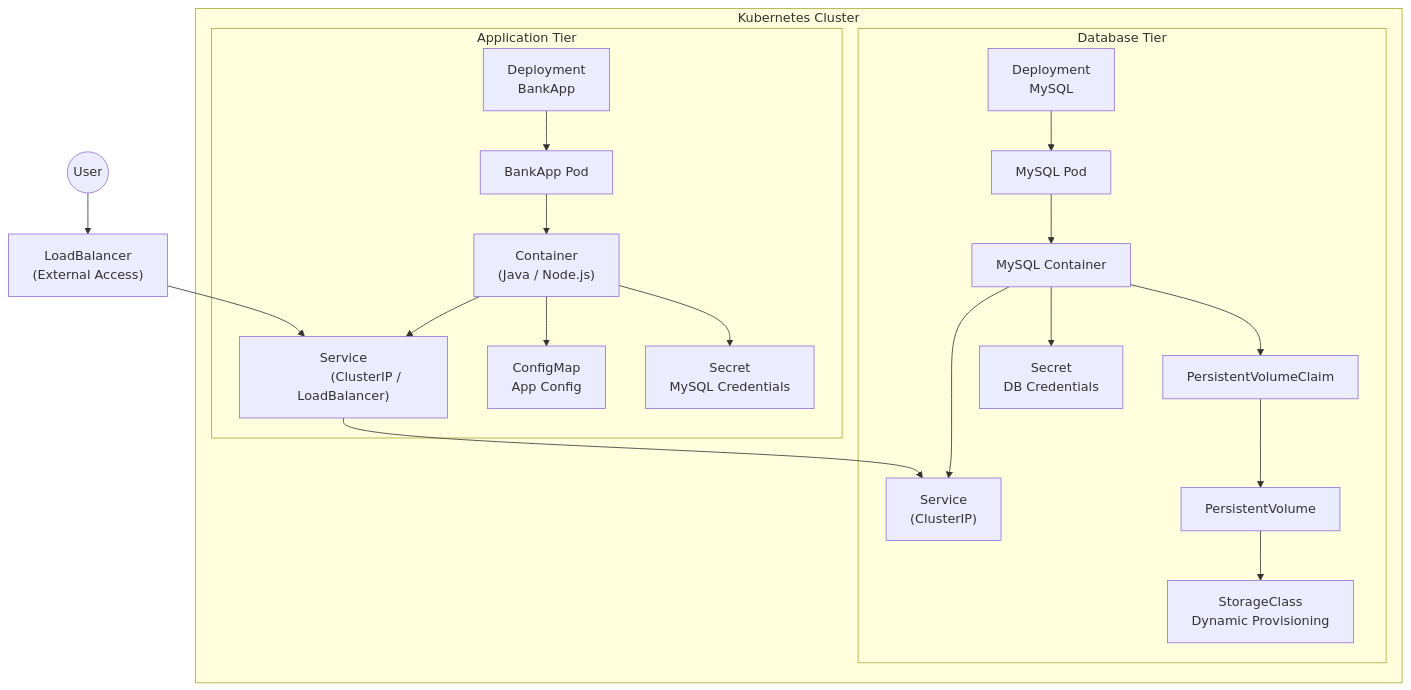
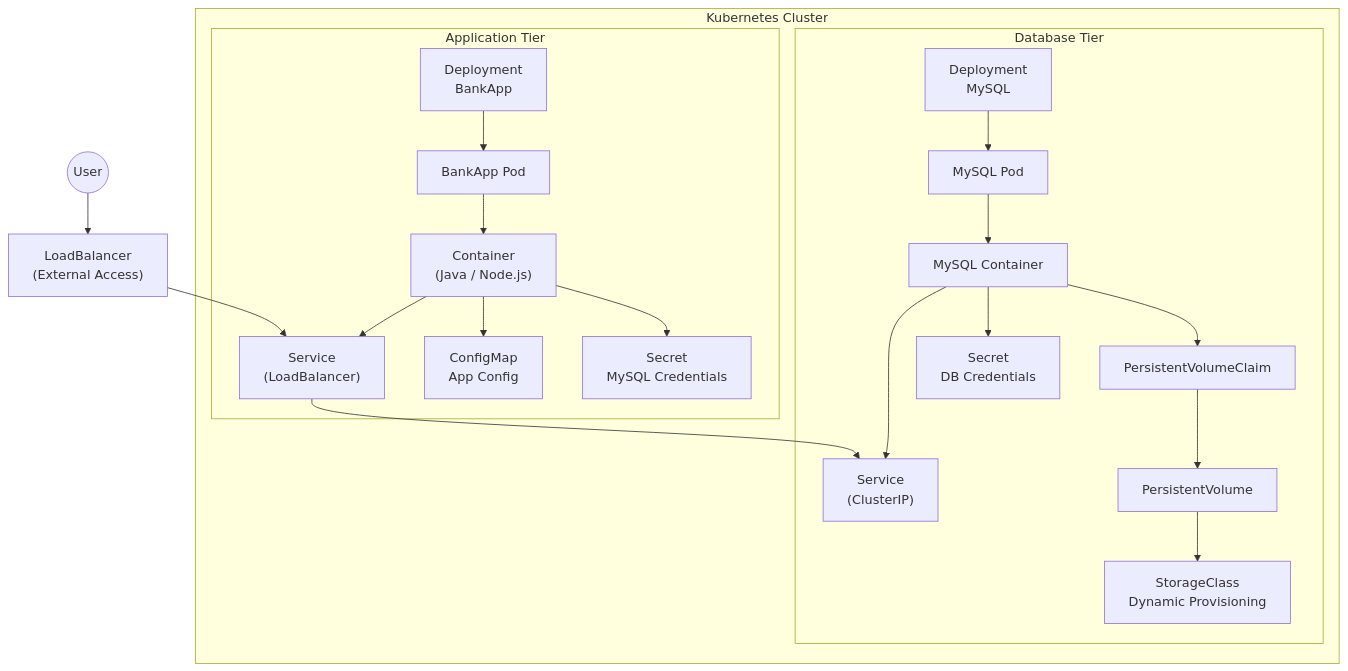
The diagram in arch/README.md (fasih6/helm_charts_bankapp_project), drawn with Mermaid before and after one commit.

````diff
--- a/arch/README.md
+++ b/arch/README.md
@@ -2,63 +2,63 @@
 ```mermaid
 flowchart TB
     %% External Access
     User((User))
     LB["LoadBalancer
     (External Access)"]
     User --> LB
     
     %% Kubernetes Cluster
     subgraph K8s[Kubernetes Cluster]
         %% Application Tier
         subgraph AppTier[Application Tier]
             BankDeploy["Deployment
             BankApp"]
             BankPod[BankApp Pod]
             BankContainer["Container
             (Java / Node.js)"]
             BankService["Service
-            (ClusterIP / LoadBalancer)"]
+            (LoadBalancer)"]
             ConfigMap["ConfigMap
             App Config"]
             AppSecret["Secret
             MySQL Credentials"]
             
             BankDeploy --> BankPod
             BankPod --> BankContainer
             BankContainer --> ConfigMap
             BankContainer --> AppSecret
             BankContainer --> BankService
         end
         
         %% Database Tier
         subgraph DBTier[Database Tier]
             MySQLDeploy["Deployment
             MySQL"]
             MySQLPod[MySQL Pod]
             MySQLContainer[MySQL Container]
             MySQLService["Service
             (ClusterIP)"]
             PVC[PersistentVolumeClaim]
             PV[PersistentVolume]
             StorageClass["StorageClass
             Dynamic Provisioning"]
             DBSecret["Secret
             DB Credentials"]
             
             MySQLDeploy --> MySQLPod
             MySQLPod --> MySQLContainer
             MySQLContainer --> MySQLService
             MySQLContainer --> PVC
             MySQLContainer --> DBSecret
             PVC --> PV
             PV --> StorageClass
         end
         
         %% Internal Communication
         BankService --> MySQLService
     end
     
     %% External traffic enters cluster
     LB --> BankService
 
 ```
````
